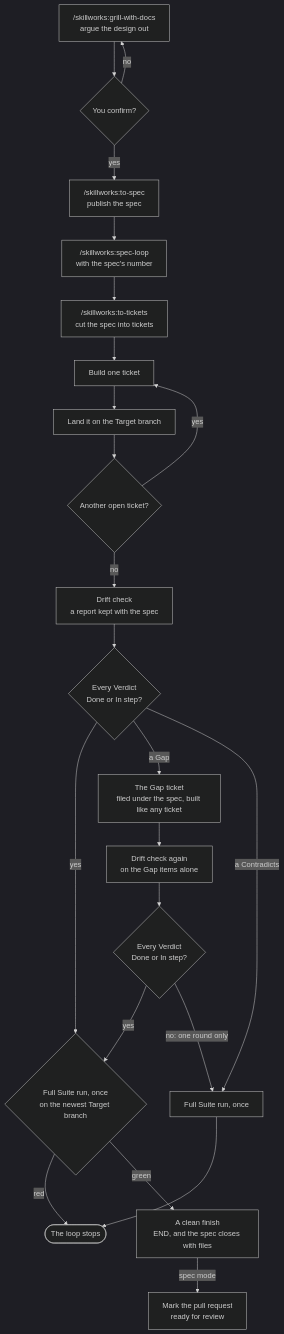
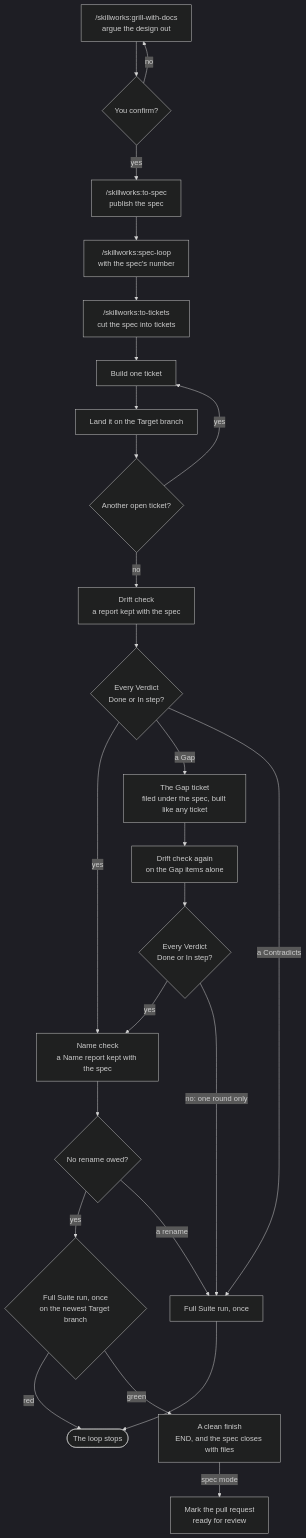
Before and after one commit to MalcolmMcNeely/skillworks: the first of 4 diagrams in docs/usage/the-loop.md, drawn with Mermaid (dark theme). The commit also changed other lines of this file and 19 other files, not shown here.

First line of the commit message:
The Name check records a Name report after the Gap round

````diff
--- a/docs/usage/the-loop.md
+++ b/docs/usage/the-loop.md
@@ -11,24 +11,27 @@
 ```mermaid
 flowchart TD
     grill["/skillworks:grill-with-docs<br/>argue the design out"] --> gate{"You confirm?"}
     gate -- no --> grill
     gate -- yes --> spec["/skillworks:to-spec<br/>publish the spec"]
     spec --> loop["/skillworks:spec-loop<br/>with the spec's number"]
     loop --> tickets["/skillworks:to-tickets<br/>cut the spec into tickets"]
     tickets --> ticket["Build one ticket"]
     ticket --> land["Land it on the Target branch"]
     land --> more{"Another open ticket?"}
     more -- yes --> ticket
     more -- no --> drift["Drift check<br/>a report kept with the spec"]
     drift --> count{"Every Verdict<br/>Done or In step?"}
-    count -- yes --> full{"Full Suite run, once<br/>on the newest Target branch"}
+    count -- yes --> names["Name check<br/>a Name report kept with the spec"]
     count -- "a Gap" --> gaps["The Gap ticket<br/>filed under the spec, built like any ticket"]
     gaps --> recheck["Drift check again<br/>on the Gap items alone"]
     recheck --> recount{"Every Verdict<br/>Done or In step?"}
-    recount -- yes --> full
+    recount -- yes --> names
     recount -- "no: one round only" --> last
+    names --> renamed{"No rename owed?"}
+    renamed -- yes --> full{"Full Suite run, once<br/>on the newest Target branch"}
+    renamed -- "a rename" --> last
     count -- "a Contradicts" --> last["Full Suite run, once"] --> stop(["The loop stops"])
     full -- red --> stop
     full -- green --> clean["A clean finish<br/>END, and the spec closes with files"]
     clean -- "spec mode" --> ready["Mark the pull request<br/>ready for review"]
 ```
````
